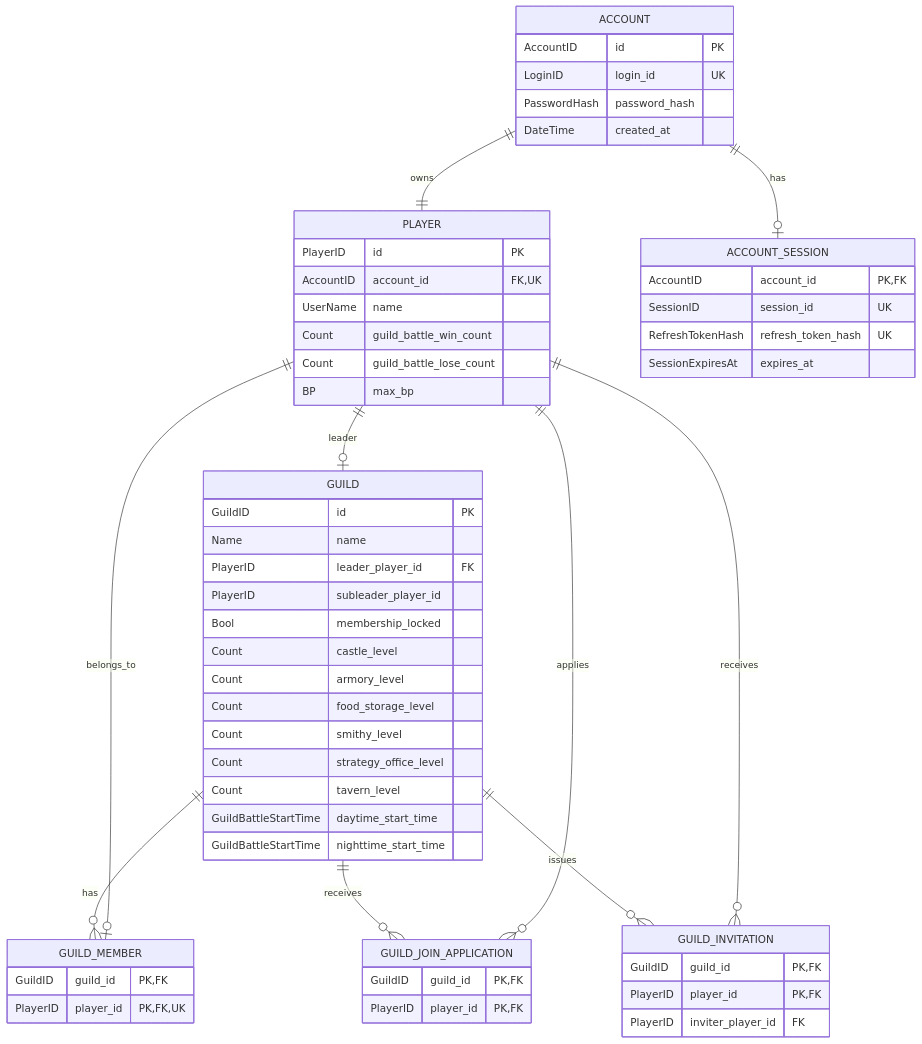
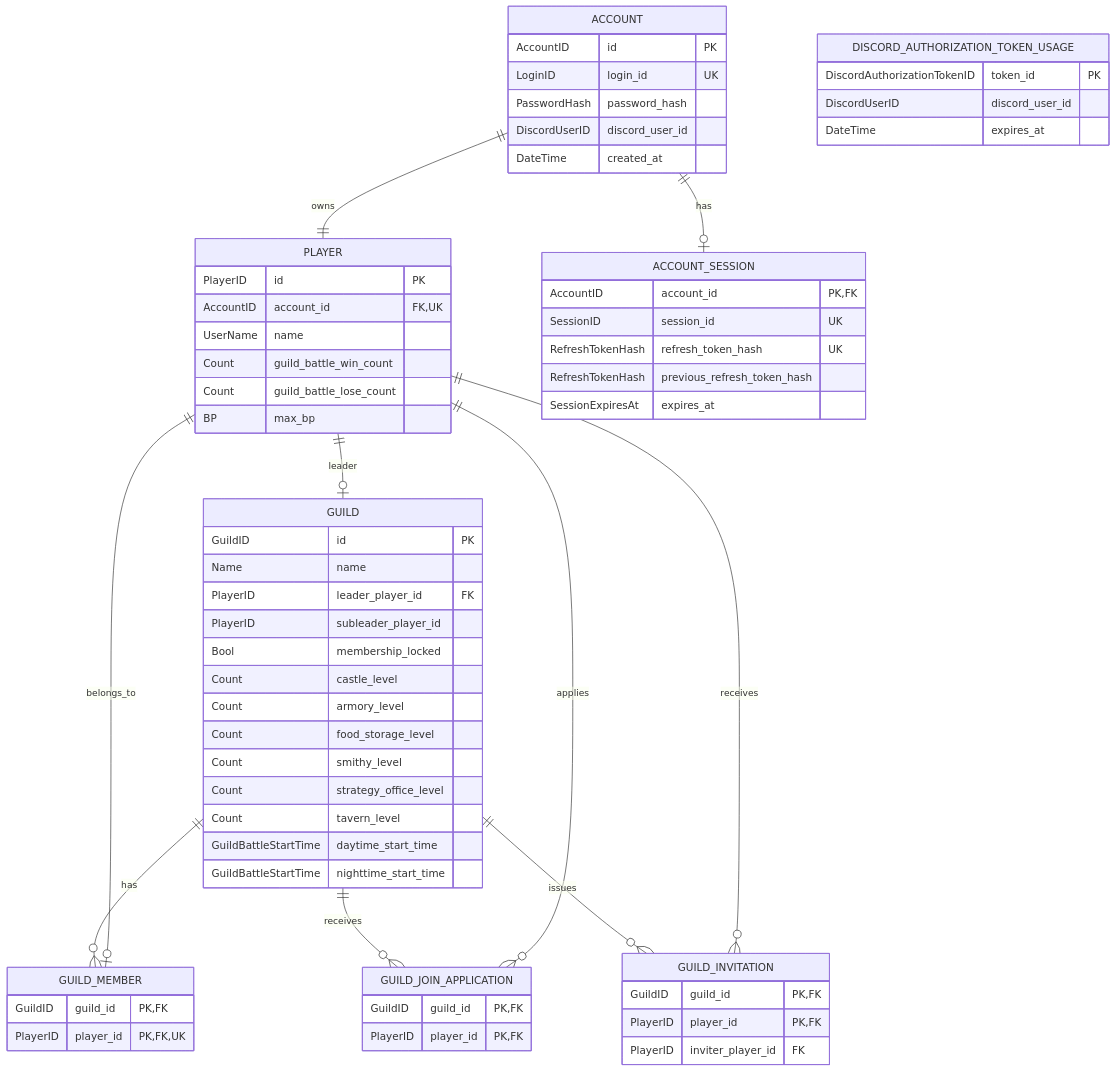
The first of 8 diagrams in design/data_base.md (ReHydrangeaOdyssey/Specifications), drawn with Mermaid before and after one commit. The commit also changed other lines of this file and 10 other files, not shown here.

````diff
--- a/design/data_base.md
+++ b/design/data_base.md
@@ -11,68 +11,76 @@
 ```mermaid
 erDiagram
     ACCOUNT {
         AccountID id PK
         LoginID login_id UK
         PasswordHash password_hash
+        DiscordUserID discord_user_id
         DateTime created_at
     }
 
     PLAYER {
         PlayerID id PK
         AccountID account_id FK, UK
         UserName name
         Count guild_battle_win_count
         Count guild_battle_lose_count
         BP max_bp
     }
 
     ACCOUNT_SESSION {
         AccountID account_id PK, FK
         SessionID session_id UK
         RefreshTokenHash refresh_token_hash UK
+        RefreshTokenHash previous_refresh_token_hash
         SessionExpiresAt expires_at
+    }
+
+    DISCORD_AUTHORIZATION_TOKEN_USAGE {
+        DiscordAuthorizationTokenID token_id PK
+        DiscordUserID discord_user_id
+        DateTime expires_at
     }
 
     GUILD {
         GuildID id PK
         Name name
         PlayerID leader_player_id FK
         PlayerID subleader_player_id
         Bool membership_locked
         Count castle_level
         Count armory_level
         Count food_storage_level
         Count smithy_level
         Count strategy_office_level
         Count tavern_level
         GuildBattleStartTime daytime_start_time
         GuildBattleStartTime nighttime_start_time
     }
 
     GUILD_MEMBER {
         GuildID guild_id PK, FK
         PlayerID player_id PK, FK, UK
     }
 
     GUILD_JOIN_APPLICATION {
         GuildID guild_id PK, FK
         PlayerID player_id PK, FK
     }
 
     GUILD_INVITATION {
         GuildID guild_id PK, FK
         PlayerID player_id PK, FK
         PlayerID inviter_player_id FK
     }
 
     ACCOUNT ||--|| PLAYER : owns
     ACCOUNT ||--o| ACCOUNT_SESSION : has
     GUILD ||--o{ GUILD_MEMBER : has
     PLAYER ||--o| GUILD_MEMBER : belongs_to
     GUILD ||--o{ GUILD_JOIN_APPLICATION : receives
     PLAYER ||--o{ GUILD_JOIN_APPLICATION : applies
     GUILD ||--o{ GUILD_INVITATION : issues
     PLAYER ||--o{ GUILD_INVITATION : receives
 
     PLAYER ||--o| GUILD : leader
 ```
````
